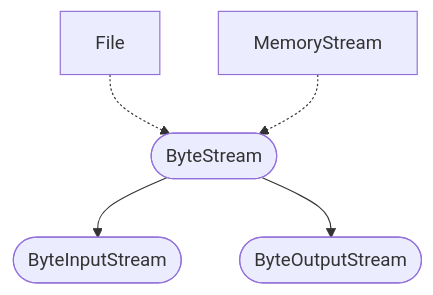
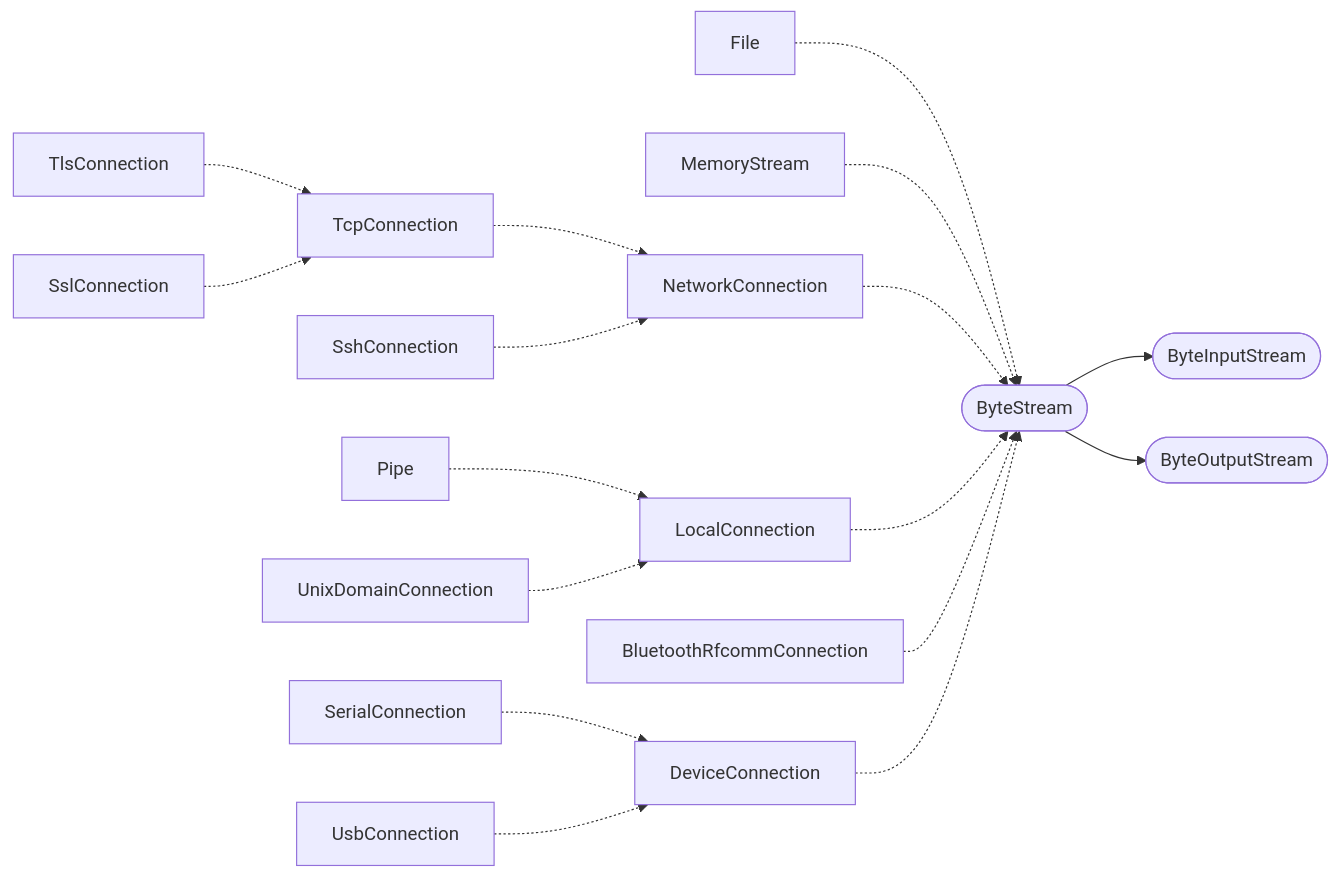
Before and after one commit to laro/Cilia: the diagram in 2 Standard Lib/7 ByteStream & IO.md, drawn with Mermaid.

Commit message:
Update 7 ByteStream & IO.md

````diff
--- a/2 Standard Lib/7 ByteStream & IO.md
+++ b/2 Standard Lib/7 ByteStream & IO.md
@@ -119,16 +119,43 @@
 ```mermaid
 %%{init: {'themeVariables': {'fontFamily': 'monospace'}}}%%
-flowchart TD
+flowchart LR
     File[File]
     MemoryStream[MemoryStream]
-
+    NetworkConnection[NetworkConnection]
+    TcpConnection[TcpConnection]
+    TlsConnection[TlsConnection]
+    SslConnection[SslConnection]
+    SshConnection[SshConnection]
+    LocalConnection[LocalConnection]
+    Pipe[Pipe]
+    UnixDomainConnection[UnixDomainConnection]
+    BluetoothRfcommConnection[BluetoothRfcommConnection]
+    DeviceConnection[DeviceConnection]
+    SerialConnection[SerialConnection]
+    UsbConnection[UsbConnection]
+    
     ByteStream([ByteStream])
     ByteInputStream([ByteInputStream])
     ByteOutputStream([ByteOutputStream])
-
+    
     File -.-> ByteStream
     MemoryStream -.-> ByteStream
-
+    NetworkConnection -.-> ByteStream
+    LocalConnection -.-> ByteStream
+    BluetoothRfcommConnection -.-> ByteStream
+    DeviceConnection -.-> ByteStream
+    
+    TcpConnection -.-> NetworkConnection
+    TlsConnection -.-> TcpConnection
+    SslConnection -.-> TcpConnection
+    SshConnection -.-> NetworkConnection
+    
+    Pipe -.-> LocalConnection
+    UnixDomainConnection -.-> LocalConnection
+    
+    SerialConnection -.-> DeviceConnection
+    UsbConnection -.-> DeviceConnection
+    
     ByteStream --> ByteInputStream
     ByteStream --> ByteOutputStream
 ```
````
